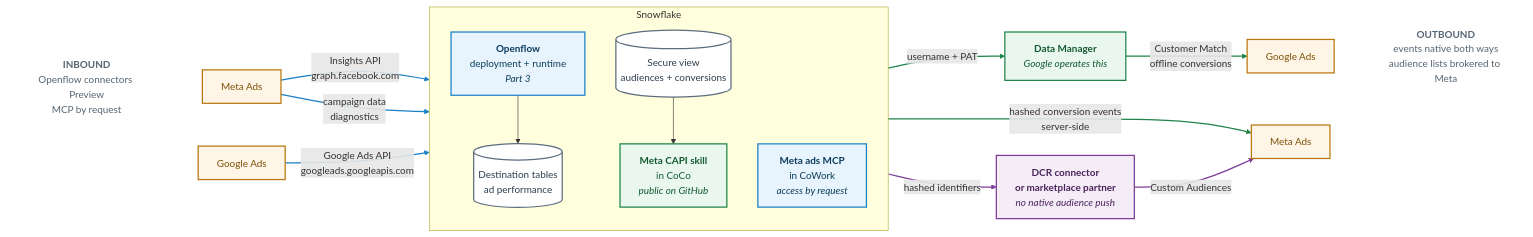
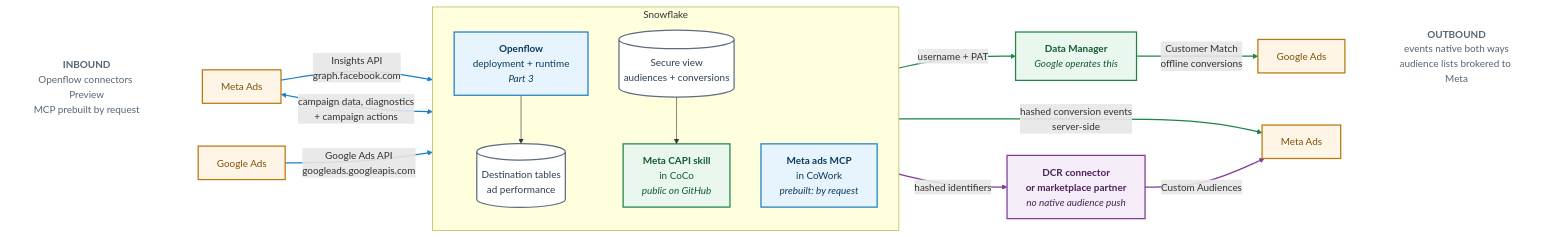
One commit to sfc-gh-miwhitaker/sfe-public changed the diagram in guide-ad-platform-integrations/README.md. Above: the diagram before and after it, drawn with Mermaid. The commit also changed other lines of this file and 2 other files, not shown here.

Commit message:
docs(AGENTS): add provenance/public-source rules and expand Meta MCP guidance

````diff
--- a/guide-ad-platform-integrations/README.md
+++ b/guide-ad-platform-integrations/README.md
@@ -34,55 +34,55 @@
 ```mermaid
 flowchart LR
     MA_IN["Meta Ads"]
     GA_IN["Google Ads"]
 
     subgraph SF["Snowflake"]
         direction TB
         OF["<b>Openflow</b><br/>deployment + runtime<br/><i>Part 3</i>"]
-        MCP["<b>Meta ads MCP</b><br/>in CoWork<br/><i>access by request</i>"]
+        MCP["<b>Meta ads MCP</b><br/>in CoWork<br/><i>prebuilt: by request</i>"]
         LAND[("Destination tables<br/>ad performance")]
         CAPI["<b>Meta CAPI skill</b><br/>in CoCo<br/><i>public on GitHub</i>"]
         VIEW[("Secure view<br/>audiences + conversions")]
         OF --> LAND
         VIEW --> CAPI
     end
 
     DM["<b>Data Manager</b><br/><i>Google operates this</i>"]
     GA_OUT["Google Ads"]
     BRIDGE["<b>DCR connector</b><br/><b>or marketplace partner</b><br/><i>no native audience push</i>"]
     MA_OUT["Meta Ads"]
 
     MA_IN -- "Insights API<br/>graph.facebook.com" --> OF
     GA_IN -- "Google Ads API<br/>googleads.googleapis.com" --> OF
-    MA_IN -- "campaign data<br/>diagnostics" --> MCP
+    MA_IN <-- "campaign data, diagnostics<br/>+ campaign actions" --> MCP
 
     VIEW -- "username + PAT" --> DM
     DM -- "Customer Match<br/>offline conversions" --> GA_OUT
     CAPI -- "hashed conversion events<br/>server-side" --> MA_OUT
 
     VIEW -- "hashed identifiers" --> BRIDGE
     BRIDGE -- "Custom Audiences" --> MA_OUT
 
-    IN_LBL["<b>INBOUND</b><br/>Openflow connectors Preview<br/>MCP by request"]
+    IN_LBL["<b>INBOUND</b><br/>Openflow connectors Preview<br/>MCP prebuilt by request"]
     OUT_LBL["<b>OUTBOUND</b><br/>events native both ways<br/>audience lists brokered to Meta"]
     IN_LBL ~~~ MA_IN
     GA_OUT ~~~ OUT_LBL
 
     classDef platform fill:#FEF5E7,stroke:#B9770E,stroke-width:2px,color:#7E5109
     classDef bridge fill:#F4ECF7,stroke:#7D3C98,stroke-width:2px,color:#4A235A
     classDef inbound fill:#E8F4FD,stroke:#1B7FC4,stroke-width:2px,color:#0B3C5D
     classDef outbound fill:#E9F7EF,stroke:#1E8449,stroke-width:2px,color:#145A32
     classDef store fill:#FFFFFF,stroke:#5D6D7E,stroke-width:2px,color:#2C3E50
     classDef lbl fill:none,stroke:none,color:#566573
 
     class MA_IN,GA_IN,GA_OUT,MA_OUT platform
     class BRIDGE bridge
     class OF,MCP inbound
     class DM,CAPI outbound
     class LAND,VIEW store
     class IN_LBL,OUT_LBL lbl
 
     linkStyle 2,3,4 stroke:#1B7FC4,stroke-width:2px
     linkStyle 5,6,7 stroke:#1E8449,stroke-width:2px
     linkStyle 8,9 stroke:#7D3C98,stroke-width:2px
 ```
````
